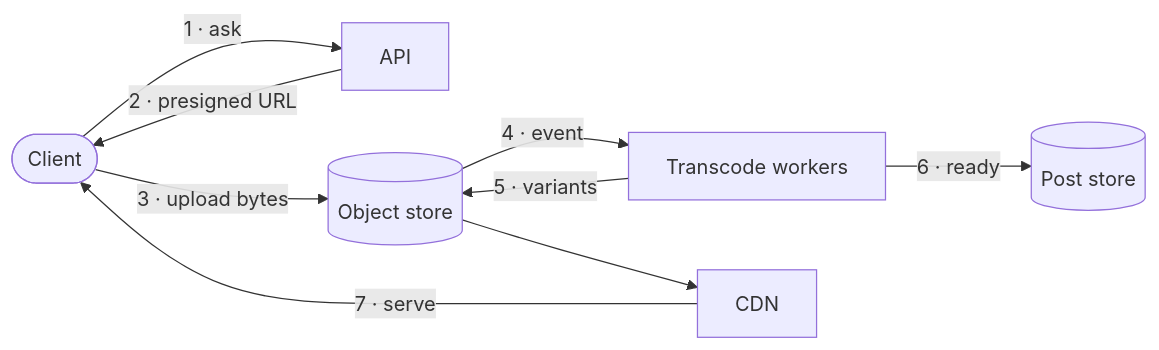
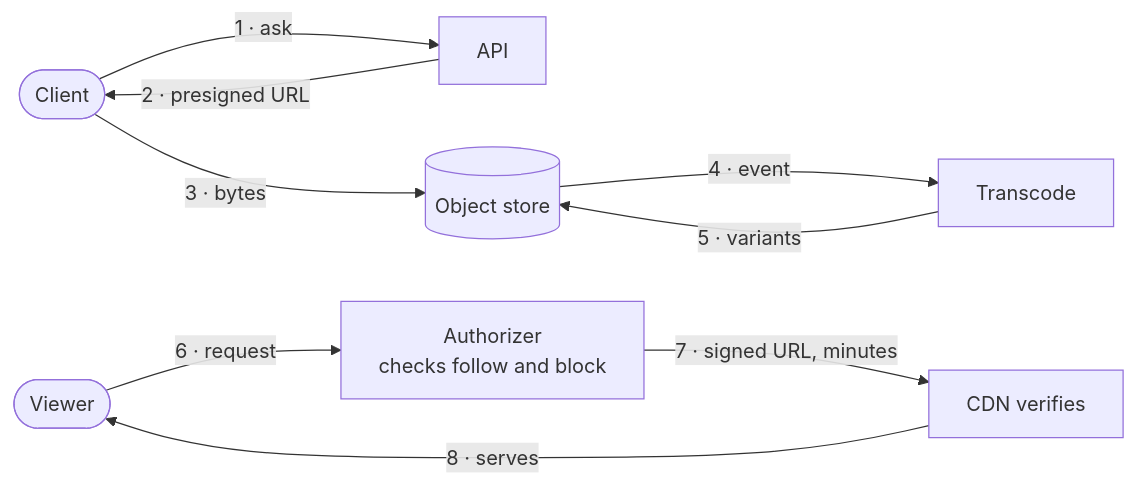
One commit to Laticent/lattice changed diagram 19 of 19 in examples/system-design-foundations.md. Above: the diagram before and after it, drawn with Mermaid. The commit also changed other lines of this file and 2 other files, not shown here.

````diff
--- a/examples/system-design-foundations.md
+++ b/examples/system-design-foundations.md
@@ -2139,10 +2217,11 @@
 ```mermaid
 flowchart LR
   C(["Client"]) -->|"1 · ask"| API["API"]
   API -->|"2 · presigned URL"| C
-  C -->|"3 · upload bytes"| OS[("Object store")]
-  OS -->|"4 · event"| TR["Transcode workers"]
+  C -->|"3 · bytes"| OS[("Object store")]
+  OS -->|"4 · event"| TR["Transcode"]
   TR -->|"5 · variants"| OS
-  TR -->|"6 · ready"| PDB[("Post store")]
-  OS --> CDN["CDN"] -->|"7 · serve"| C
+  V(["Viewer"]) -->|"6 · request"| AZ["Authorizer<br/>checks follow and block"]
+  AZ -->|"7 · signed URL, minutes"| CDN["CDN verifies"]
+  CDN -->|"8 · serves"| V
 ```
````
